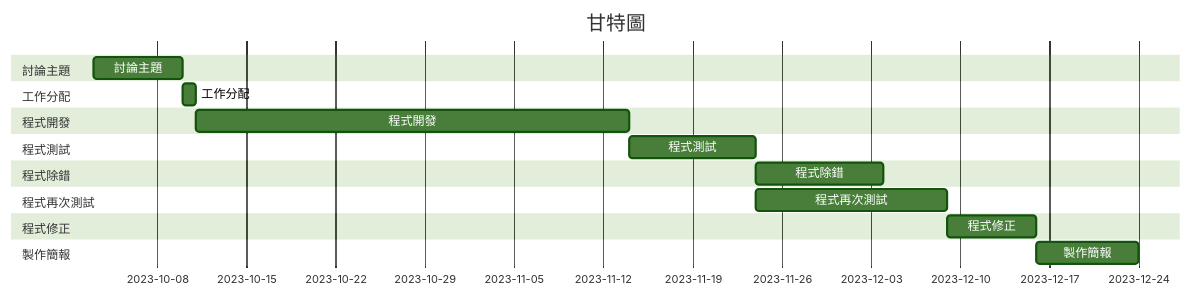
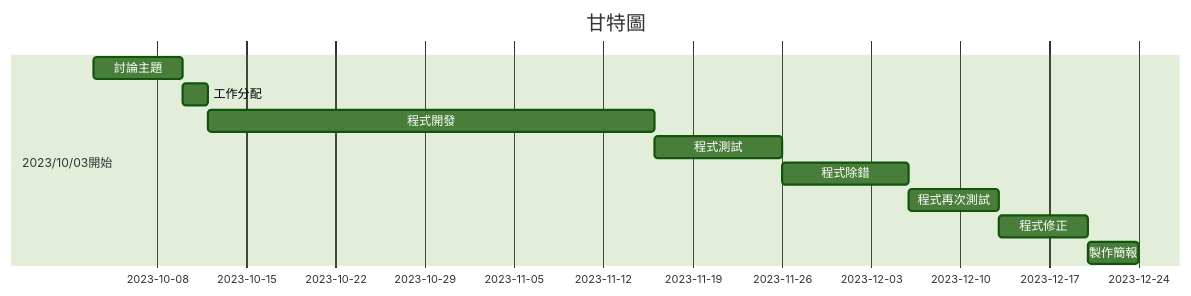
Before and after one commit to MYZ527/system_analysis_team11: the diagram in README.md, drawn with Mermaid (forest theme).

````diff
--- a/README.md
+++ b/README.md
@@ -33,21 +33,14 @@
 ```mermaid
 gantt
     title 甘特圖
 
-    section 討論主題
+    section 2023/10/03開始
     討論主題      :a1, 2023-10-03, 7d
-    section 工作分配
-    工作分配      :a2,after a1  , 1d
-    section 程式開發
-    程式開發      :a3,after a2  , 34d
-    section 程式測試
+    工作分配      :a2,after a1  , 2d
+    程式開發      :a3,after a2  , 35d
     程式測試      :a4,after a3  , 10d
-    section 程式除錯
     程式除錯      :a5,after a4  , 10d
-    section 程式再次測試
-    程式再次測試      :a6,after a4  , 15d
-    section 程式修正
+    程式再次測試      :a6,after a5  , 7d
     程式修正      :a7,after a6  , 7d
-    section 製作簡報
-    製作簡報      :a8,after a7 , 8d
+    製作簡報      :a8,after a7 , 4d
 ```
````
